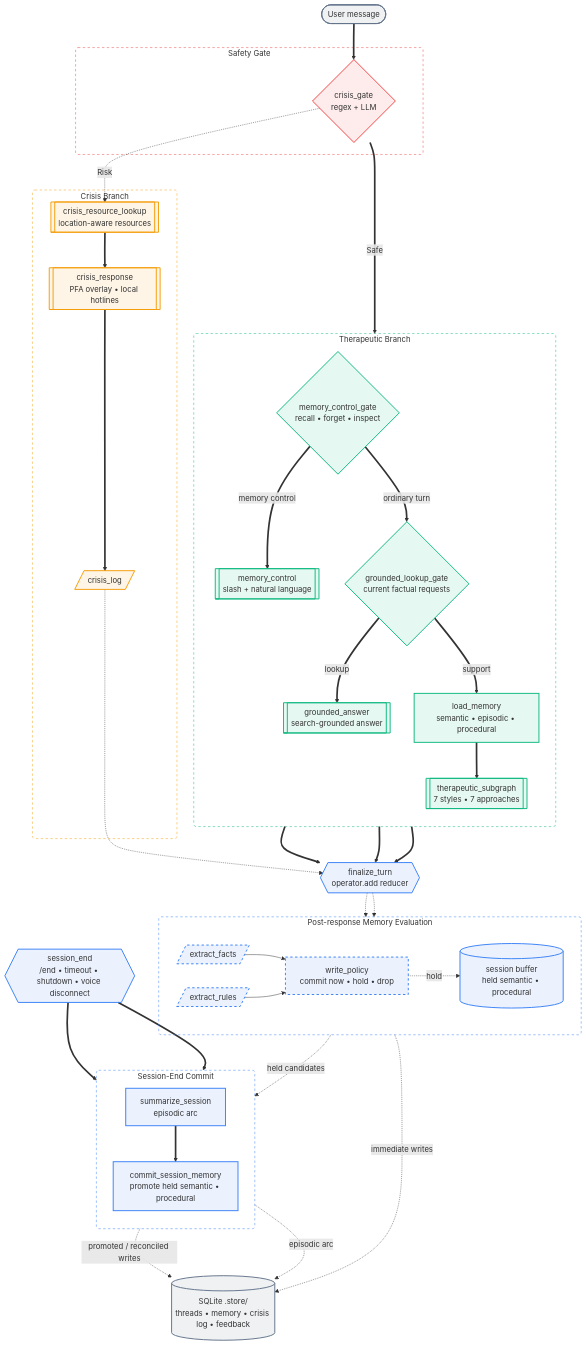
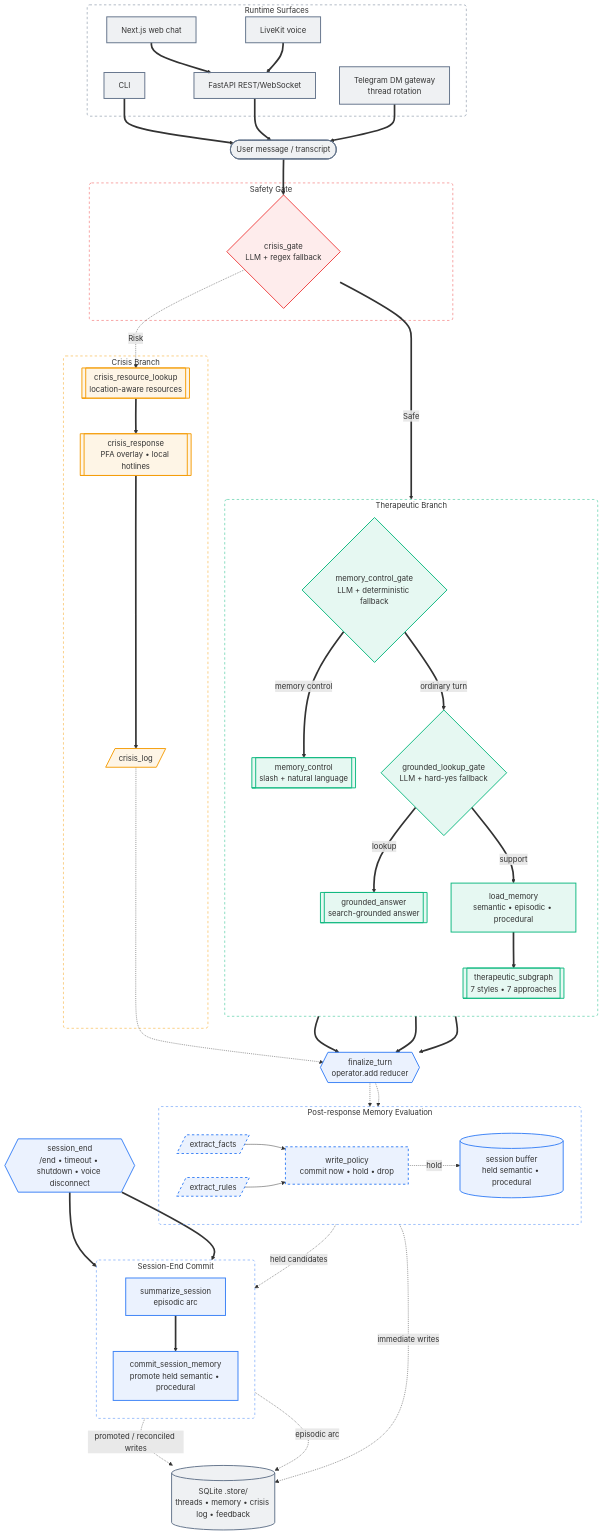
Before and after one commit to whanyu1212/OpenCouch: the diagram in README.md, drawn with Mermaid. The commit also changed other lines of this file and 2 other files, not shown here.

```diff
--- a/README.md
+++ b/README.md
@@ -159,17 +221,25 @@
     classDef bgTask fill:#3B82F61A,stroke:#3B82F6,stroke-width:2px,stroke-dasharray: 5 5
     classDef dbNode fill:#64748B1A,stroke:#64748B,stroke-width:2px
 
-    IN(["User message"]):::inputNode
+    subgraph SURF ["Runtime Surfaces"]
+        CLI["CLI"]:::inputNode
+        WEB["Next.js web chat"]:::inputNode
+        VOICE["LiveKit voice"]:::inputNode
+        TG["Telegram DM gateway<br/>thread rotation"]:::inputNode
+        API["FastAPI REST/WebSocket"]:::inputNode
+    end
+
+    IN(["User message / transcript"]):::inputNode
 
     subgraph GATE ["Safety Gate"]
-        CG{"crisis_gate<br/>regex + LLM"}:::gateNode
+        CG{"crisis_gate<br/>LLM + regex fallback"}:::gateNode
     end
 
     subgraph SAFE ["Therapeutic Branch"]
         direction TB
-        MCG{"memory_control_gate<br/>recall • forget • inspect"}:::safeNode
+        MCG{"memory_control_gate<br/>LLM + deterministic fallback"}:::safeNode
         MC[["memory_control<br/>slash + natural language"]]:::safeNode
-        GLG{"grounded_lookup_gate<br/>current factual requests"}:::safeNode
+        GLG{"grounded_lookup_gate<br/>LLM + hard-yes fallback"}:::safeNode
         GA[["grounded_answer<br/>search-grounded answer"]]:::safeNode
         LM["load_memory<br/>semantic • episodic • procedural"]:::safeNode
         TS[["therapeutic_subgraph<br/>7 styles • 7 approaches"]]:::safeNode
@@ -213,6 +283,11 @@
     DB[("SQLite .store/<br/>threads • memory • crisis log • feedback")]:::dbNode
 
     %% Logic Flows
+    CLI ==> IN
+    WEB ==> API
+    VOICE ==> API
+    API ==> IN
+    TG ==> IN
     IN ==> CG
     CG ==>|Safe| MCG
     CG -.->|Risk| RL
@@ -230,6 +305,7 @@
     SS -.->|episodic arc| DB
 
     %% Subgraph Styling (Removes default gray background)
+    style SURF fill:none,stroke:#64748B,stroke-width:1px,stroke-dasharray: 5 5,rx:5,ry:5
     style GATE fill:none,stroke:#EF4444,stroke-width:1px,stroke-dasharray: 5 5,rx:5,ry:5
     style SAFE fill:none,stroke:#10B981,stroke-width:1px,stroke-dasharray: 5 5,rx:5,ry:5
     style RISK fill:none,stroke:#F59E0B,stroke-width:1px,stroke-dasharray: 5 5,rx:5,ry:5
```
